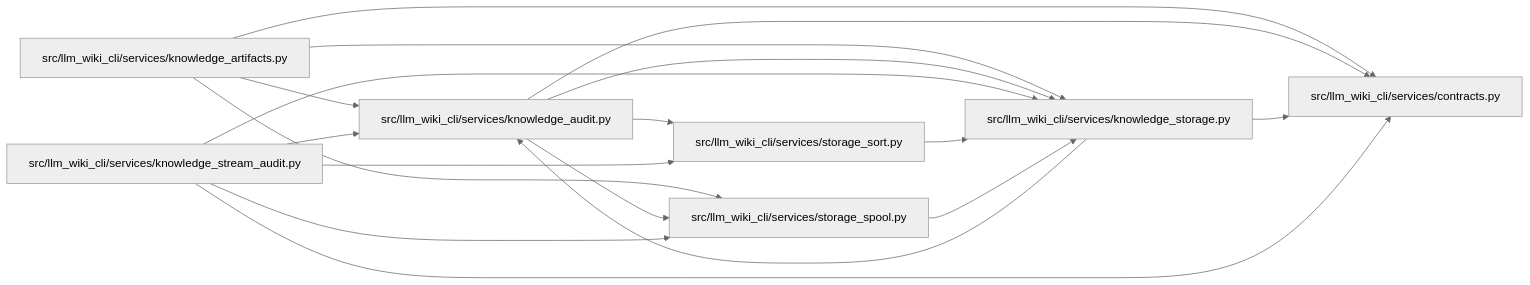
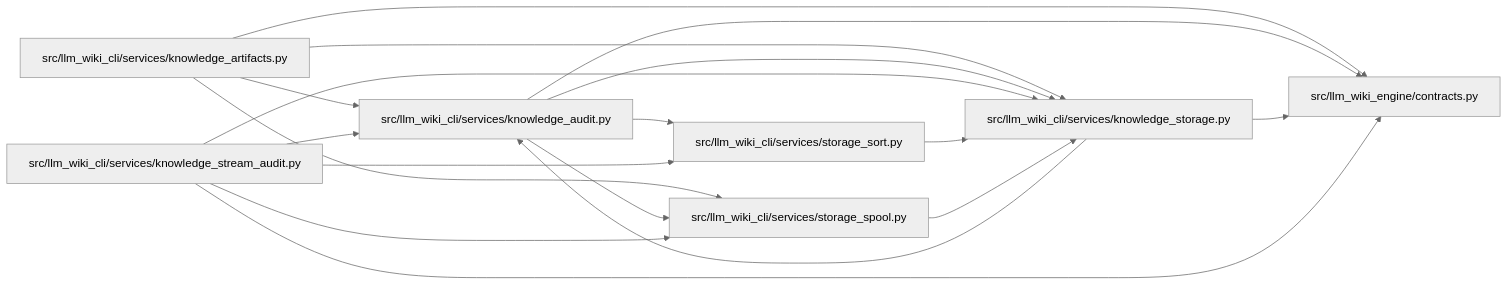
The diagram in docs/llm_wiki/modules/knowledge_audit.md (Denissvgn/python-wiki-llm), drawn with Mermaid (neutral theme) before and after one commit. The commit also changed other lines of this file and 1103 other files, not shown here.

First line of the commit message:
docs: refresh the wiki for the llm-wiki-engine distribution

````diff
--- a/docs/llm_wiki/modules/knowledge_audit.md
+++ b/docs/llm_wiki/modules/knowledge_audit.md
@@ -26,34 +26,34 @@
 ```mermaid
 flowchart LR
-    n0["src/llm_wiki_cli/services/contracts.py"]
-    n1["src/llm_wiki_cli/services/knowledge_artifacts.py"]
-    n2["src/llm_wiki_cli/services/knowledge_audit.py"]
-    n3["src/llm_wiki_cli/services/knowledge_storage.py"]
-    n4["src/llm_wiki_cli/services/knowledge_stream_audit.py"]
-    n5["src/llm_wiki_cli/services/storage_sort.py"]
-    n6["src/llm_wiki_cli/services/storage_spool.py"]
-    n1 --> n0
+    n0["src/llm_wiki_cli/services/knowledge_artifacts.py"]
+    n1["src/llm_wiki_cli/services/knowledge_audit.py"]
+    n2["src/llm_wiki_cli/services/knowledge_storage.py"]
+    n3["src/llm_wiki_cli/services/knowledge_stream_audit.py"]
+    n4["src/llm_wiki_cli/services/storage_sort.py"]
+    n5["src/llm_wiki_cli/services/storage_spool.py"]
+    n6["src/llm_wiki_engine/contracts.py"]
+    n0 --> n1
+    n0 --> n2
+    n0 --> n5
+    n0 --> n6
     n1 --> n2
-    n1 --> n3
+    n1 --> n4
+    n1 --> n5
     n1 --> n6
-    n2 --> n0
-    n2 --> n3
-    n2 --> n5
+    n2 --> n1
     n2 --> n6
-    n3 --> n0
+    n3 --> n1
     n3 --> n2
-    n4 --> n0
+    n3 --> n4
+    n3 --> n5
+    n3 --> n6
     n4 --> n2
-    n4 --> n3
-    n4 --> n5
-    n4 --> n6
-    n5 --> n3
-    n6 --> n3
-    click n0 "../modules/services_contracts.md"
-    click n1 "../modules/knowledge_artifacts.md"
-    click n2 "../modules/knowledge_audit.md"
-    click n3 "../modules/knowledge_storage.md"
-    click n4 "../modules/knowledge_stream_audit.md"
-    click n5 "../modules/storage_sort.md"
-    click n6 "../modules/storage_spool.md"
+    n5 --> n2
+    click n0 "../modules/knowledge_artifacts.md"
+    click n1 "../modules/knowledge_audit.md"
+    click n2 "../modules/knowledge_storage.md"
+    click n3 "../modules/knowledge_stream_audit.md"
+    click n4 "../modules/storage_sort.md"
+    click n5 "../modules/storage_spool.md"
+    click n6 "../modules/llm_wiki_engine_contracts.md"
 ```
````
